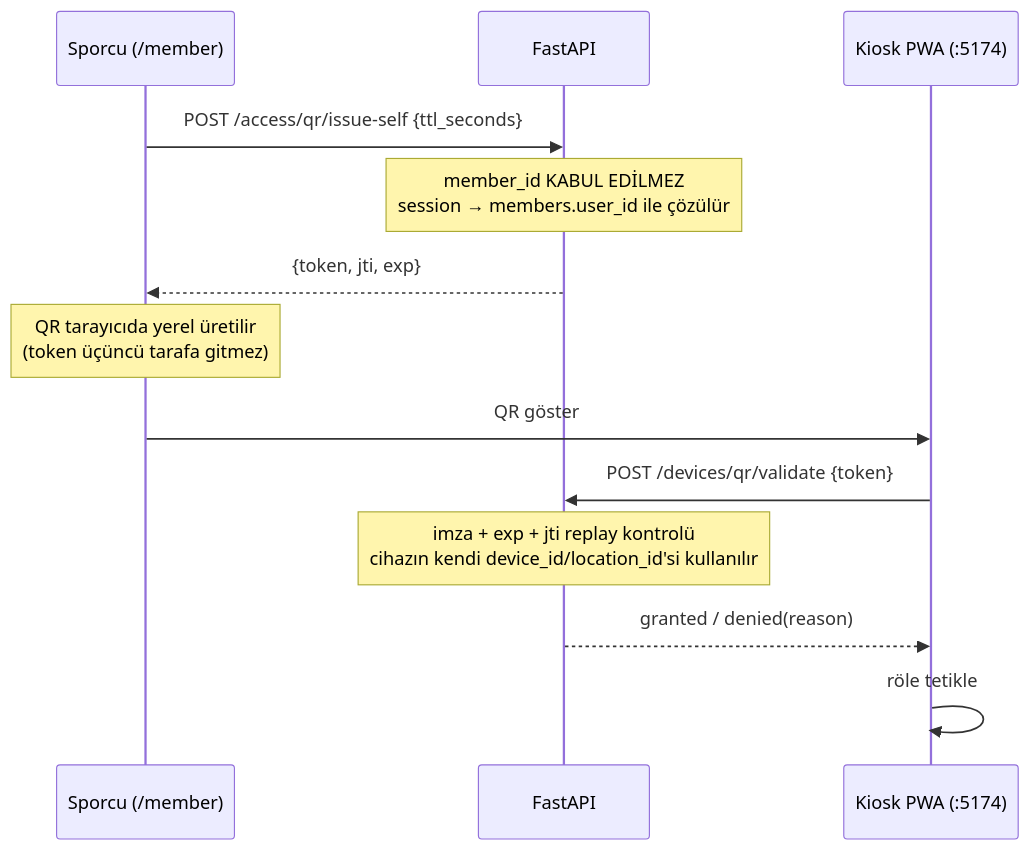
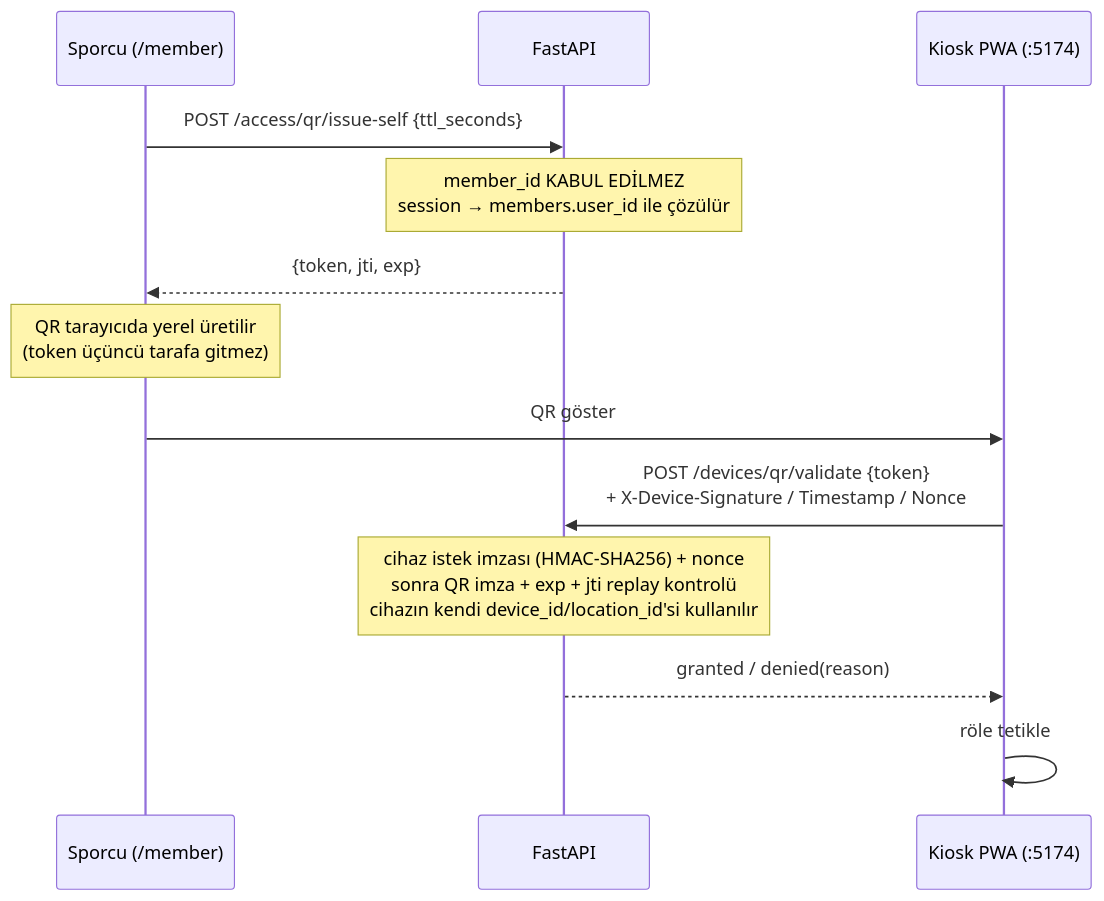
One commit to NexFabric/fitness-network-os changed the second of 2 diagrams in docs/ARCHITECTURE.md. Above: the diagram before and after it, drawn with Mermaid. The commit also changed other lines of this file and 14 other files, not shown here.

First line of the commit message:
feat(device-auth): HMAC request signing + single-use nonce on the device channel

````diff
--- a/docs/ARCHITECTURE.md
+++ b/docs/ARCHITECTURE.md
@@ -124,16 +124,16 @@
 ```mermaid
 sequenceDiagram
     participant M as Sporcu (/member)
     participant API as FastAPI
     participant K as Kiosk PWA (:5174)
 
     M->>API: POST /access/qr/issue-self {ttl_seconds}
     Note over API: member_id KABUL EDİLMEZ<br/>session → members.user_id ile çözülür
     API-->>M: {token, jti, exp}
     Note over M: QR tarayıcıda yerel üretilir<br/>(token üçüncü tarafa gitmez)
     M->>K: QR göster
-    K->>API: POST /devices/qr/validate {token}
-    Note over API: imza + exp + jti replay kontrolü<br/>cihazın kendi device_id/location_id'si kullanılır
+    K->>API: POST /devices/qr/validate {token}<br/>+ X-Device-Signature / Timestamp / Nonce
+    Note over API: cihaz istek imzası (HMAC-SHA256) + nonce<br/>sonra QR imza + exp + jti replay kontrolü<br/>cihazın kendi device_id/location_id'si kullanılır
     API-->>K: granted / denied(reason)
     K->>K: röle tetikle
 ```
````
